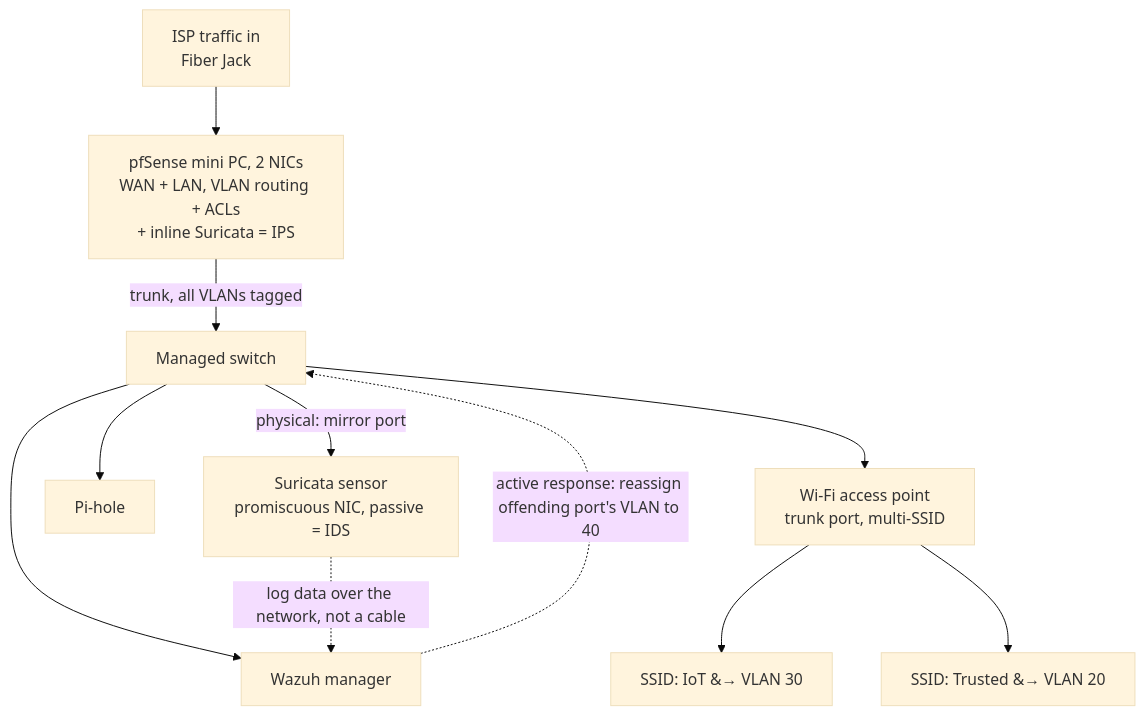
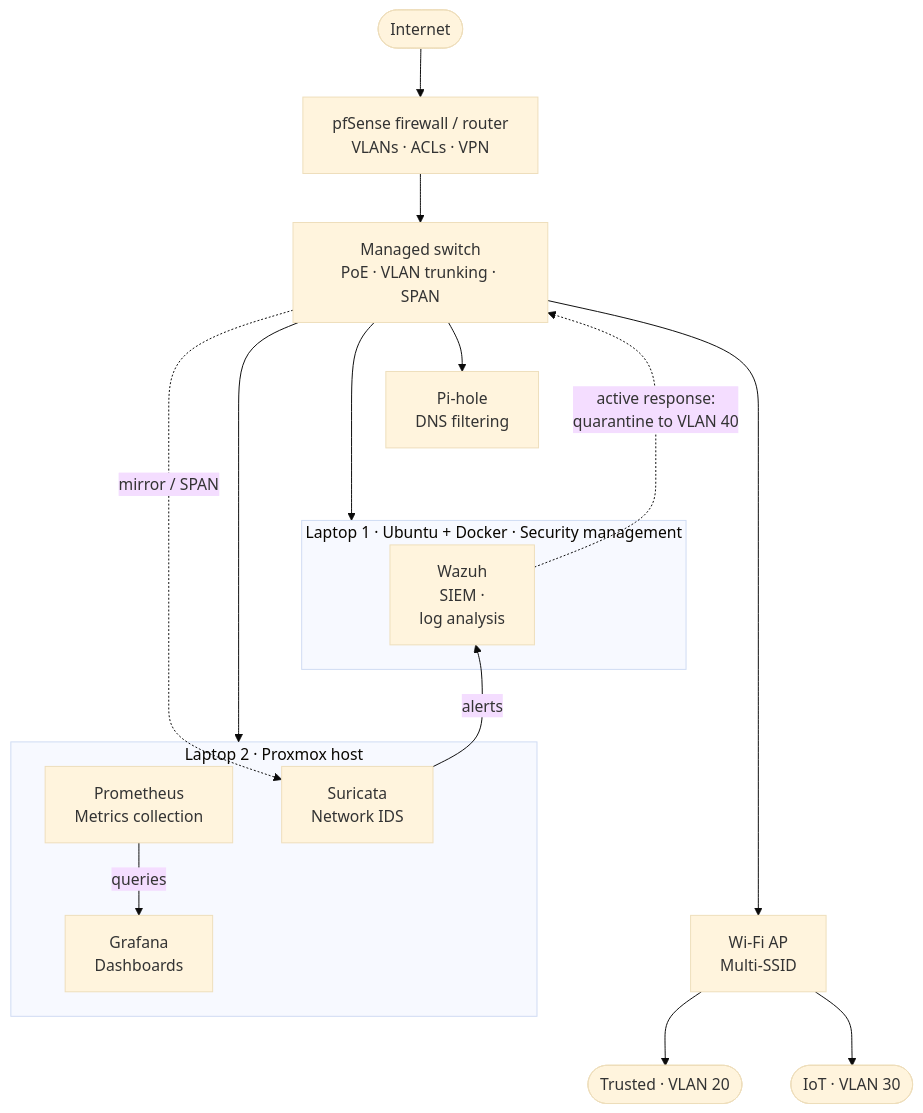
Before and after one commit to uploadtigris/network-segmentation-ids: the diagram in README.md, drawn with Mermaid (base theme).

Commit message:
Enhance README with network diagram and automation details
Added detailed network diagram and updated alerting section.

````diff
--- a/README.md
+++ b/README.md
@@ -20,13 +20,32 @@
 ```mermaid
 graph TD
-  ISP["ISP traffic in<br/>Fiber Jack"] --> PF["pfSense mini PC, 2 NICs<br/>WAN + LAN, VLAN routing + ACLs<br/>+ inline Suricata = IPS"]
-  PF -->|"trunk, all VLANs tagged"| SW["Managed switch"]
-  SW -->|"physical: mirror port"| SURICATA["Suricata sensor<br/>promiscuous NIC, passive = IDS"]
-  SW --> WAZUH["Wazuh manager"]
-  SW --> PIHOLE["Pi-hole"]
-  SW --> AP["Wi-Fi access point<br/>trunk port, multi-SSID"]
-  AP --> SSID1["SSID: IoT &#8594; VLAN 30"]
-  AP --> SSID2["SSID: Trusted &#8594; VLAN 20"]
-  SURICATA -.->|"log data over the network, not a cable"| WAZUH
-  WAZUH -.->|"active response: reassign offending port's VLAN to 40"| SW
+  NET([Internet]) --> PF["pfSense firewall / router<br/>VLANs · ACLs · VPN"]
+  PF --> SW["Managed switch<br/>PoE · VLAN trunking · SPAN"]
+
+  SW --> PIHOLE["Pi-hole<br/>DNS filtering"]
+  SW --> L1
+  SW --> L2
+  SW --> AP["Wi-Fi AP<br/>Multi-SSID"]
+
+  AP --> VLAN20(["Trusted · VLAN 20"])
+  AP --> VLAN30(["IoT · VLAN 30"])
+
+  SW -. "mirror / SPAN" .-> SURICATA
+  SURICATA -- "alerts" --> WAZUH
+  WAZUH -. "active response:<br/>quarantine to VLAN 40" .-> SW
+
+  subgraph L1 ["Laptop 1 · Ubuntu + Docker · Security management"]
+    WAZUH["Wazuh<br/>SIEM ·<br/>log analysis"]
+  end
+
+  subgraph L2 ["Laptop 2 · Proxmox host"]
+    SURICATA["Suricata<br/>Network IDS"]
+    PROM["Prometheus<br/>Metrics collection"]
+    GRAF["Grafana<br/>Dashboards"]
+    PROM -- "queries" --> GRAF
+  end
+
+  PIHOLE ~~~ L1
+  L1 ~~~ L2
+  L2 ~~~ AP
 ```
````
